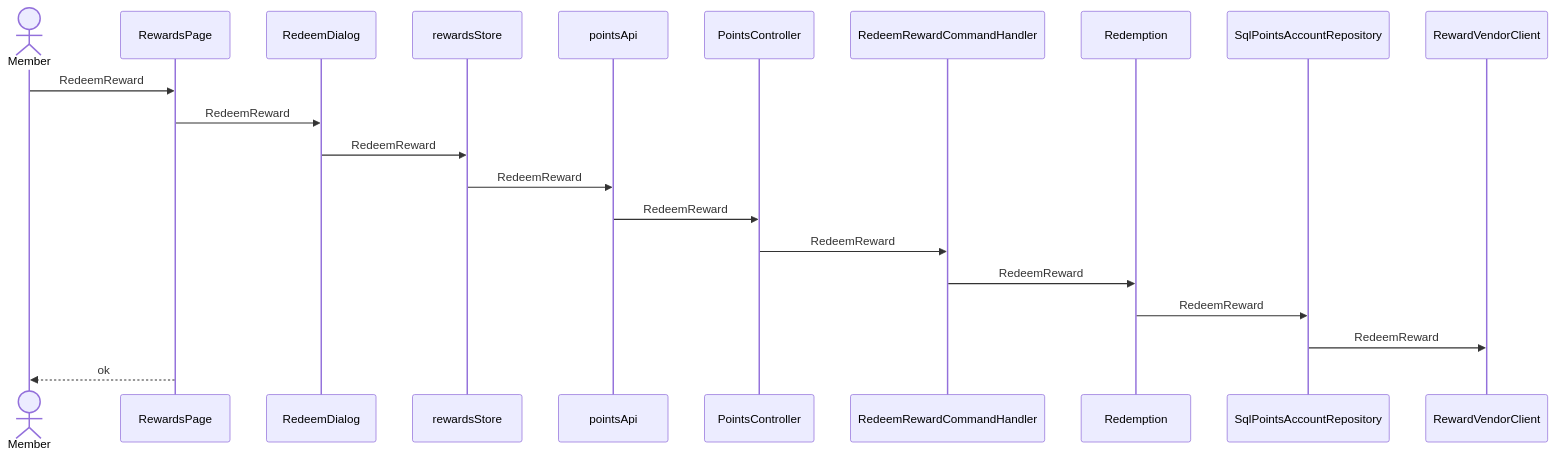
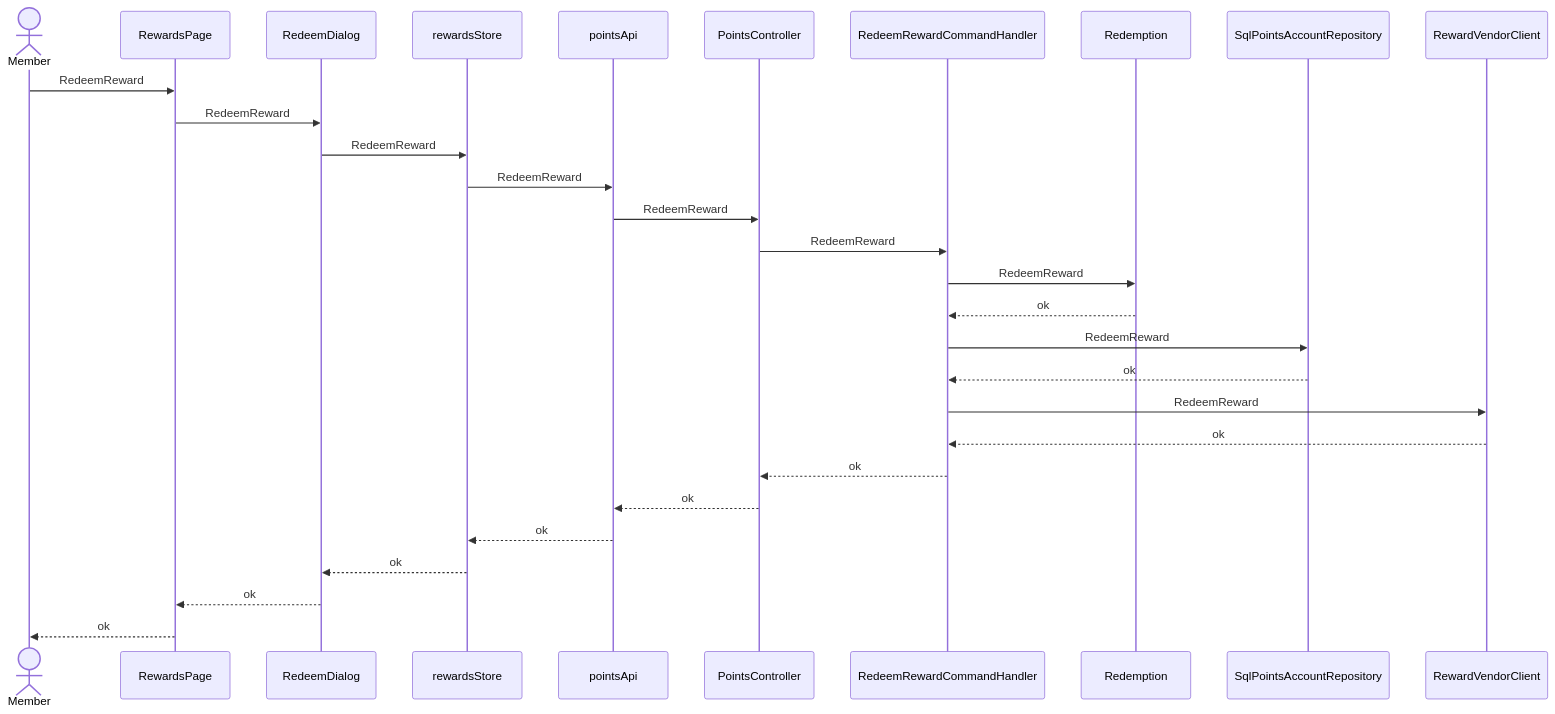
Before and after one commit to pin0513/AITools: the fourth of 6 diagrams in skills/spec-dev-process/examples/matrix/fs-balance-en-s3/specs/rd/points-redemption/spec/30-architecture-c4.md, drawn with Mermaid. The commit also changed other lines of this file and 257 other files, not shown here.

````diff
--- a/skills/spec-dev-process/examples/matrix/fs-balance-en-s3/specs/rd/points-redemption/spec/30-architecture-c4.md
+++ b/skills/spec-dev-process/examples/matrix/fs-balance-en-s3/specs/rd/points-redemption/spec/30-architecture-c4.md
@@ -110,23 +110,31 @@
 ```mermaid
 sequenceDiagram
   actor U as Member
   participant CMP001 as RewardsPage
   participant CMP002 as RedeemDialog
   participant CMP004 as rewardsStore
   participant CMP005 as pointsApi
   participant CMP006 as PointsController
   participant CMP007 as RedeemRewardCommandHandler
   participant CMP010 as Redemption
   participant CMP011 as SqlPointsAccountRepository
   participant CMP012 as RewardVendorClient
   U->>CMP001: RedeemReward
   CMP001->>CMP002: RedeemReward
   CMP002->>CMP004: RedeemReward
   CMP004->>CMP005: RedeemReward
   CMP005->>CMP006: RedeemReward
   CMP006->>CMP007: RedeemReward
   CMP007->>CMP010: RedeemReward
-  CMP010->>CMP011: RedeemReward
-  CMP011->>CMP012: RedeemReward
+  CMP010-->>CMP007: ok
+  CMP007->>CMP011: RedeemReward
+  CMP011-->>CMP007: ok
+  CMP007->>CMP012: RedeemReward
+  CMP012-->>CMP007: ok
+  CMP007-->>CMP006: ok
+  CMP006-->>CMP005: ok
+  CMP005-->>CMP004: ok
+  CMP004-->>CMP002: ok
+  CMP002-->>CMP001: ok
   CMP001-->>U: ok
 ```
````
